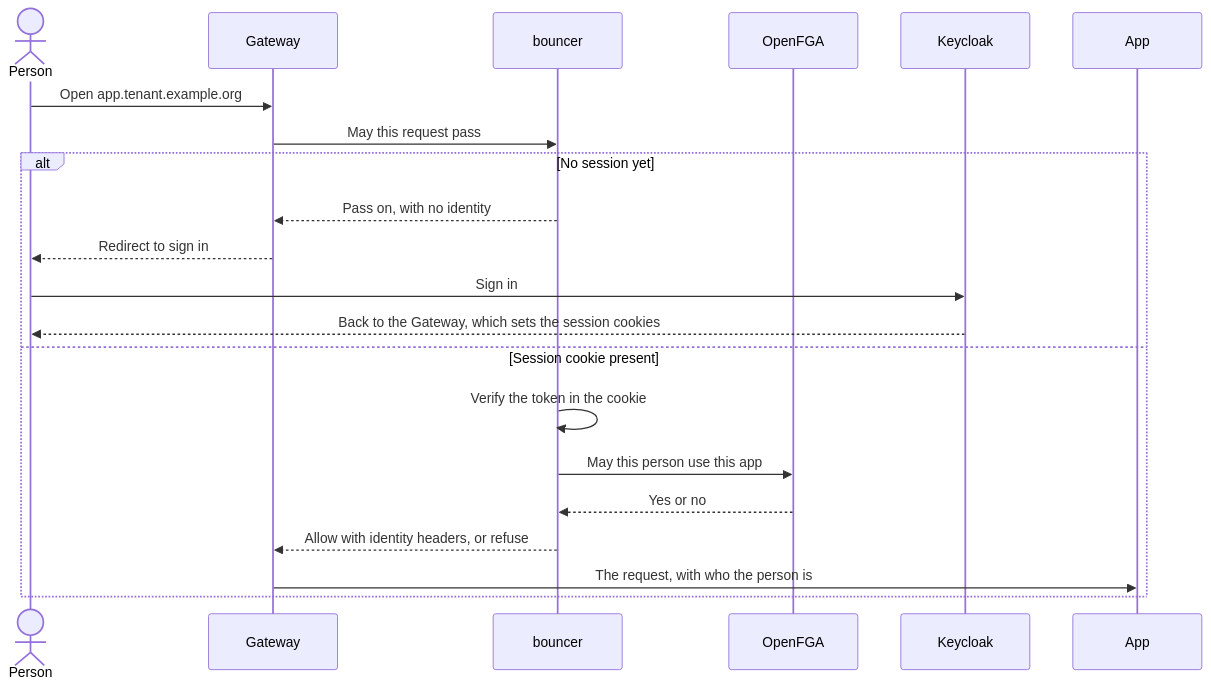
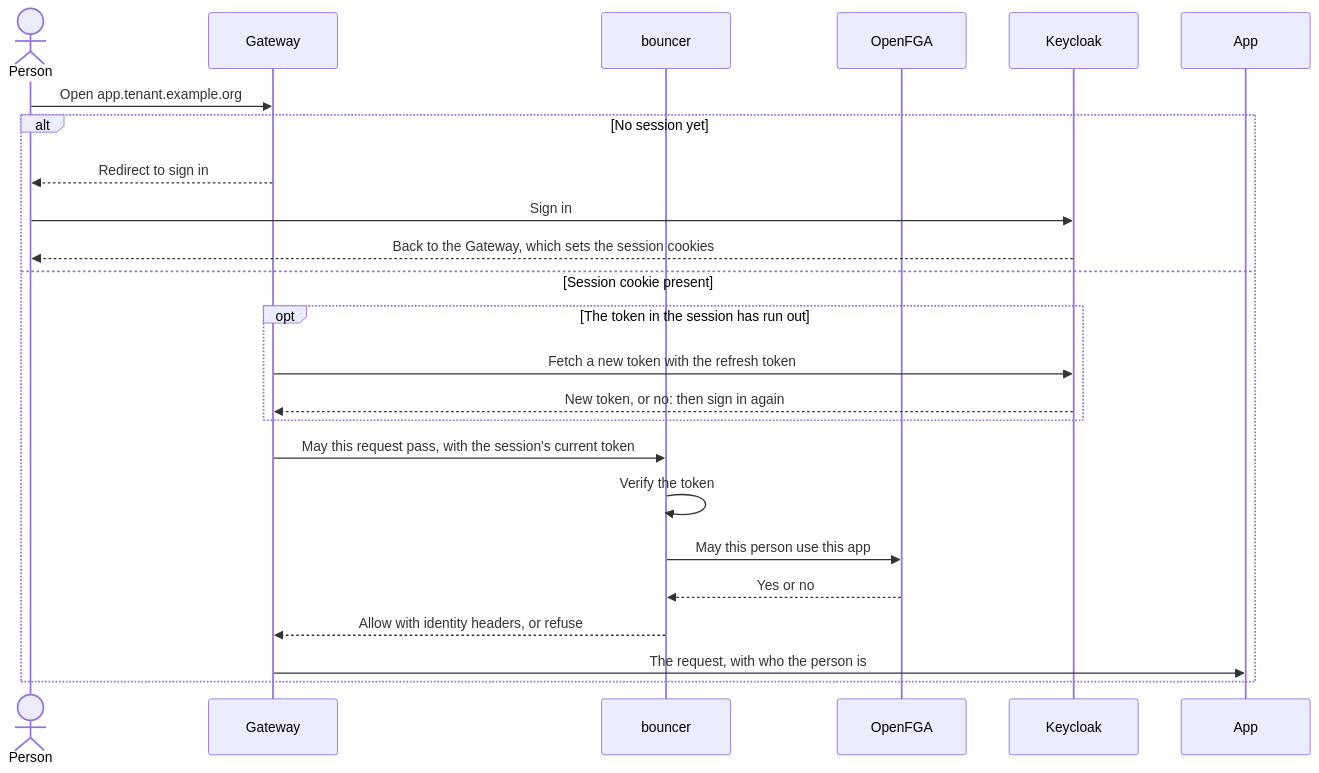
The sixth of 6 diagrams in docs/plans/operator-split-plan.md (gentian-org/gentian-os), drawn with Mermaid before and after one commit. The commit also changed other lines of this file and 5 other files, not shown here.

````diff
--- a/docs/plans/operator-split-plan.md
+++ b/docs/plans/operator-split-plan.md
@@ -309,24 +309,27 @@
 ```mermaid
 sequenceDiagram
   actor P as Person
   participant G as Gateway
   participant B as bouncer
   participant F as OpenFGA
   participant K as Keycloak
   participant A as App
 
   P->>G: Open app.tenant.example.org
-  G->>B: May this request pass
   alt No session yet
-    B-->>G: Pass on, with no identity
     G-->>P: Redirect to sign in
     P->>K: Sign in
     K-->>P: Back to the Gateway, which sets the session cookies
   else Session cookie present
-    B->>B: Verify the token in the cookie
+    opt The token in the session has run out
+      G->>K: Fetch a new token with the refresh token
+      K-->>G: New token, or no: then sign in again
+    end
+    G->>B: May this request pass, with the session's current token
+    B->>B: Verify the token
     B->>F: May this person use this app
     F-->>B: Yes or no
     B-->>G: Allow with identity headers, or refuse
     G->>A: The request, with who the person is
   end
 ```
````
